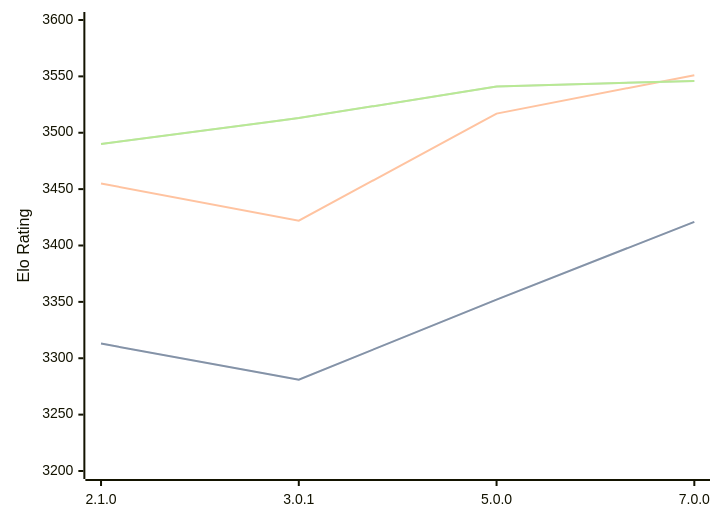
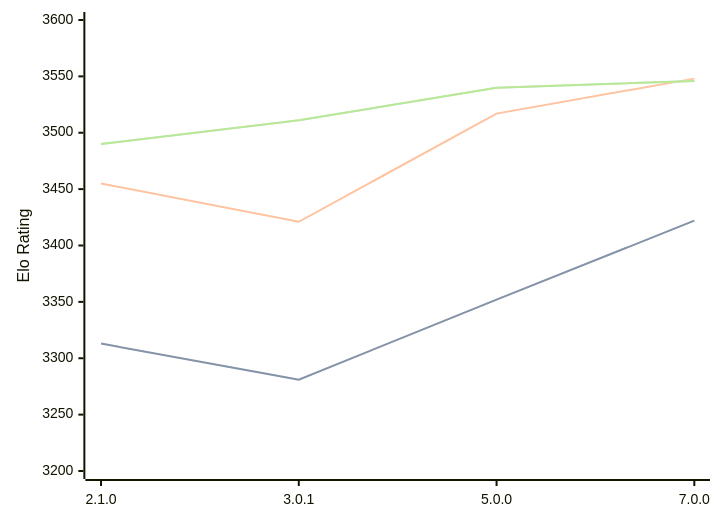
The first of 3 diagrams in engines/PlentyChess.md (computer-chess-index/cci), drawn with Mermaid before and after one commit. The commit also changed other lines of this file, not shown here.

Commit message:
Update CCI Ratings (ELO VLTC) - 2026-06-27

````diff
--- a/engines/PlentyChess.md
+++ b/engines/PlentyChess.md
@@ -45,11 +45,11 @@
 ```mermaid
 %%{init: {"theme":"base","themeVariables":{"seriesColors:['#a3a3a3','#222221','#faa371']}}}%%
 xychart-beta
   x-axis ["2.1.0", "3.0.1", "5.0.0", "7.0.0"]
   y-axis "Elo Rating" 3200 --> 3600
-  line "STC (8.0+0.08s)" [3313, 3281, 3352, 3421]
-  line "STC (8.0+0.08s)" [3313, 3281, 3352, 3421]
-  line "LTC (60.0+0.60s)" [3455, 3422, 3517, 3551]
-  line "VLTC (2m24s+1.12s)" [3490, 3513, 3541, 3546]
-  line "VLTC (2m24s+1.12s)" [3490, 3513, 3541, 3546]
+  line "STC (8.0+0.08s)" [3313, 3281, 3352, 3422]
+  line "STC (8.0+0.08s)" [3313, 3281, 3352, 3422]
+  line "LTC (60.0+0.60s)" [3455, 3421, 3517, 3548]
+  line "VLTC (2m24s+1.12s)" [3490, 3511, 3540, 3546]
+  line "VLTC (2m24s+1.12s)" [3490, 3511, 3540, 3546]
 ```
````
